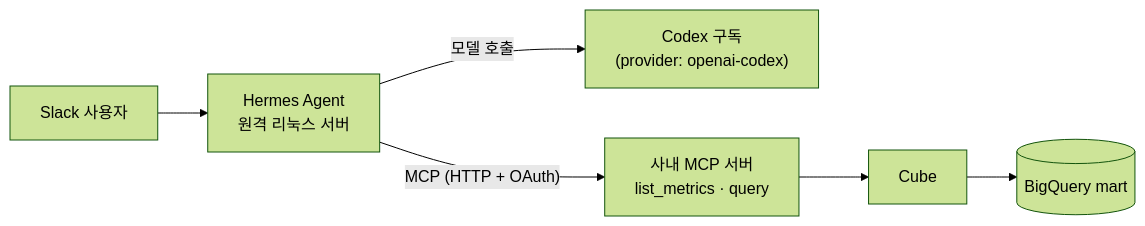
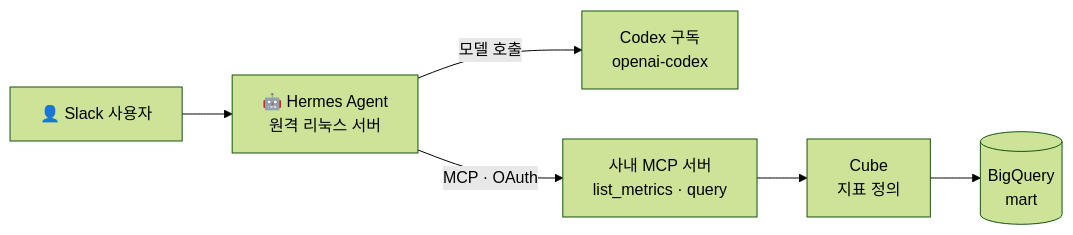
Before and after one commit to suojae/DAE_study_with_claude: the first of 6 diagrams in 2026/11/16-hermes-slack-bot-mcp-troubleshooting.md, drawn with Mermaid (forest theme). The commit also changed other lines of this file, not shown here.

First line of the commit message:
docs: Hermes 트러블슈팅 노트를 다이어그램·표 중심으로 다시 쓴다

````diff
--- a/2026/11/16-hermes-slack-bot-mcp-troubleshooting.md
+++ b/2026/11/16-hermes-slack-bot-mcp-troubleshooting.md
@@ -12,7 +12,7 @@
 ```mermaid
 flowchart LR
-    U["Slack 사용자"] --> H["Hermes Agent<br/>원격 리눅스 서버"]
-    H -- "모델 호출" --> C["Codex 구독<br/>(provider: openai-codex)"]
-    H -- "MCP (HTTP + OAuth)" --> M["사내 MCP 서버<br/>list_metrics · query"]
-    M --> CUBE["Cube"] --> BQ[("BigQuery mart")]
+    U["👤 Slack 사용자"] --> H["🤖 Hermes Agent<br/>원격 리눅스 서버"]
+    H -- "모델 호출" --> C["Codex 구독<br/>openai-codex"]
+    H -- "MCP · OAuth" --> M["사내 MCP 서버<br/>list_metrics · query"]
+    M --> CUBE["Cube<br/>지표 정의"] --> BQ[("BigQuery<br/>mart")]
 ```
````
